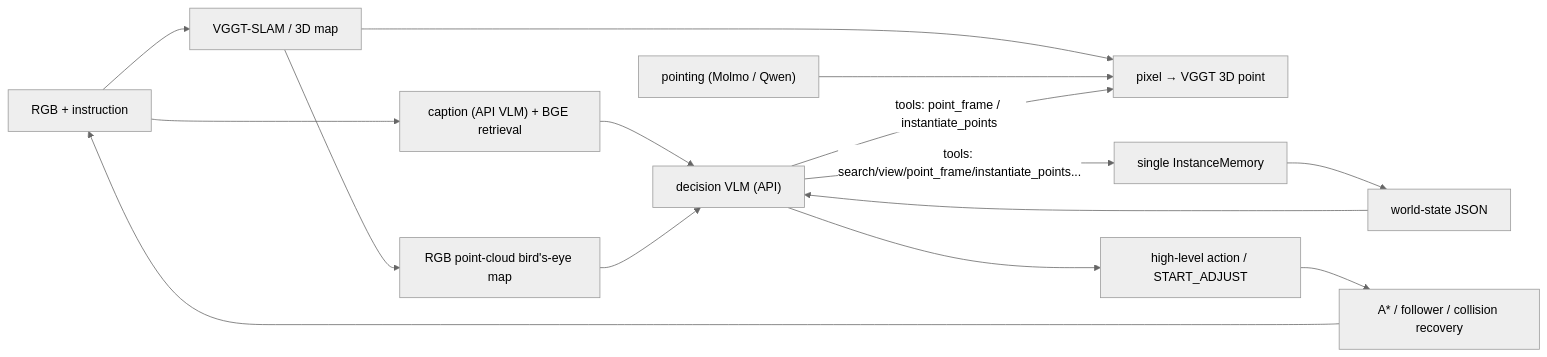
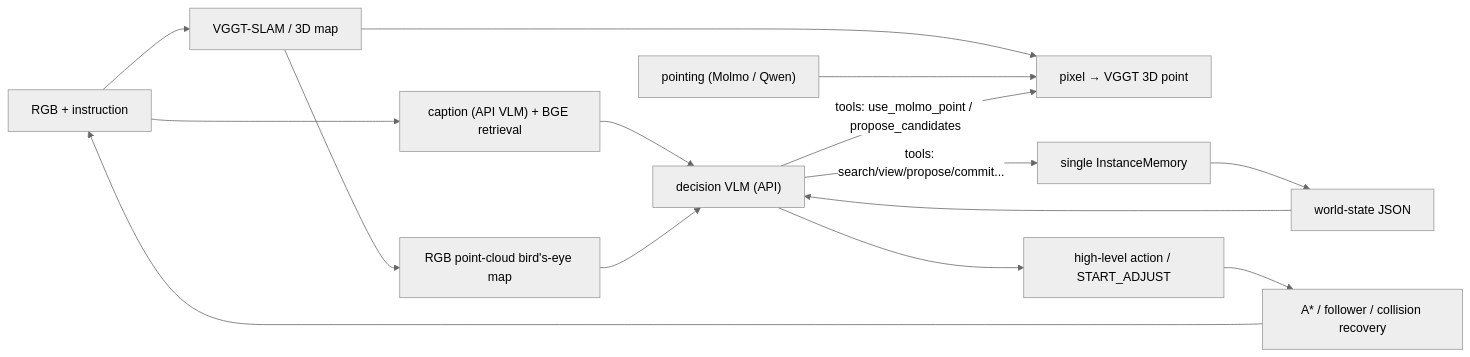
Before and after one commit to WeberFU23/VGGTNavAgent: the diagram in AGENT_ARCHITECTURE.md, drawn with Mermaid (neutral theme). The commit also changed other lines of this file and 10 other files, not shown here.

````diff
--- a/AGENT_ARCHITECTURE.md
+++ b/AGENT_ARCHITECTURE.md
@@ -15,17 +16,17 @@
 ```mermaid
 flowchart LR
     RGB["RGB + instruction"] --> MAP["VGGT-SLAM / 3D map"]
     RGB --> CAP["caption (API VLM) + BGE retrieval"]
     MAP --> P3D["pixel → VGGT 3D point"]
     POINT["pointing (Molmo / Qwen)"] --> P3D
     CAP --> VLM["decision VLM (API)"]
     MAP --> TOP["RGB point-cloud bird's-eye map"]
     MEM["single InstanceMemory"] --> STATE["world-state JSON"]
     STATE --> VLM
     TOP --> VLM
-    VLM -- "tools: search/view/point_frame/instantiate_points..." --> MEM
-    VLM -- "tools: point_frame / instantiate_points" --> P3D
+    VLM -- "tools: search/view/propose/commit..." --> MEM
+    VLM -- "tools: use_molmo_point / propose_candidates" --> P3D
     VLM --> HIGH["high-level action / START_ADJUST"]
     HIGH --> EXEC["A* / follower / collision recovery"]
     EXEC --> RGB
 ```
````
